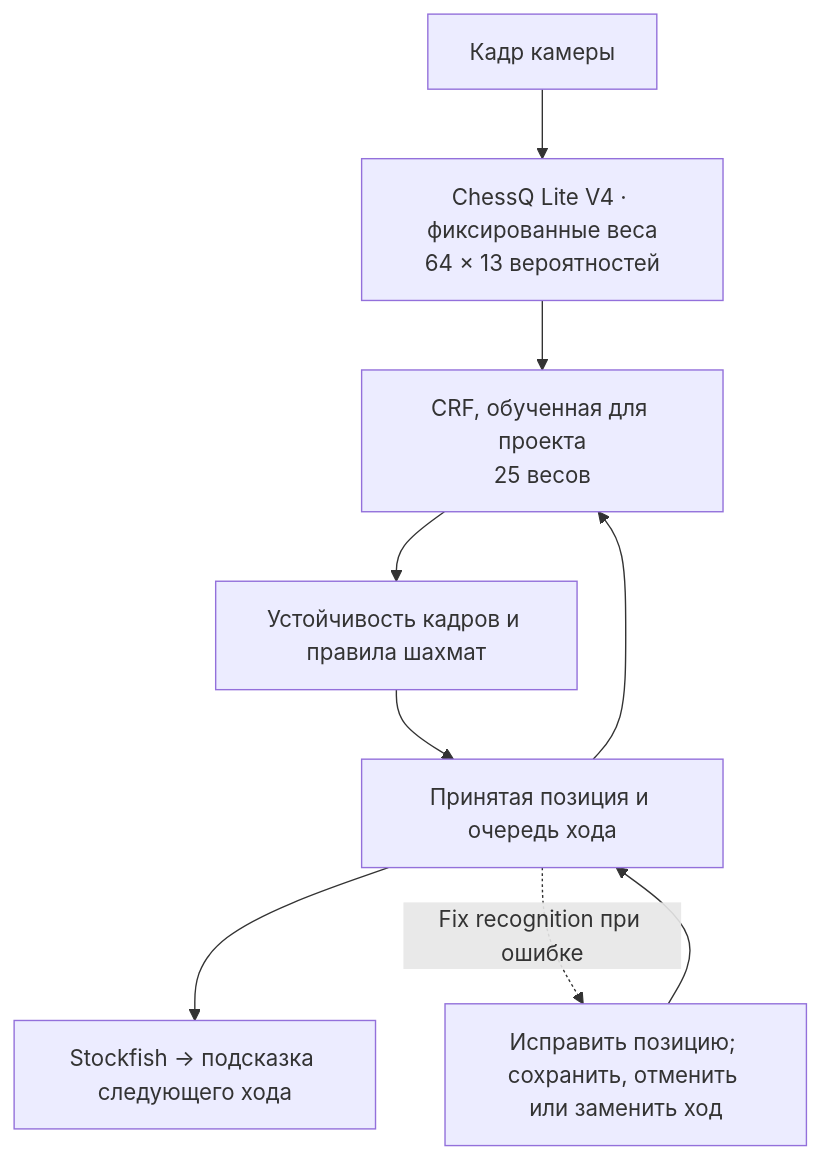
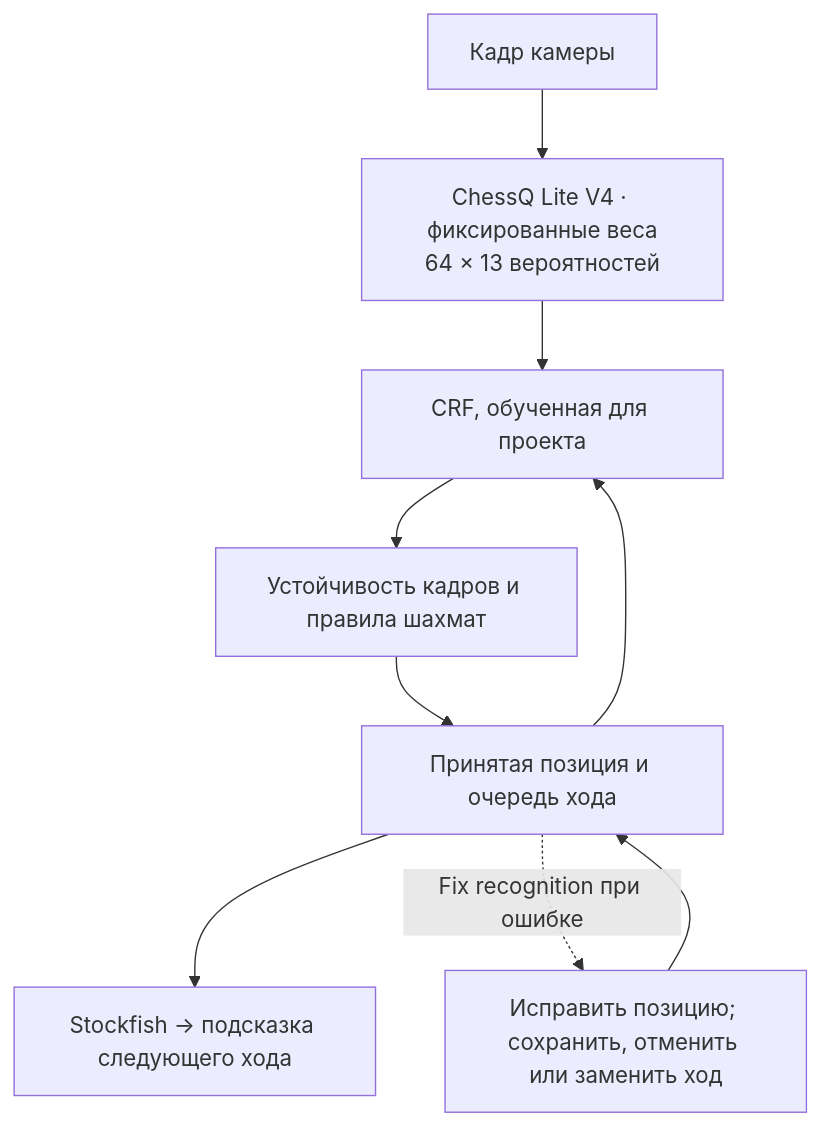
One commit to AmethystineAlpaca/camera_chess changed the diagram in README.ru.md. Above: the diagram before and after it, drawn with Mermaid. The commit also changed other lines of this file and 2 other files, not shown here.

Commit message:
docs: remove provisional CRF parameters from READMEs

````diff
--- a/README.ru.md
+++ b/README.ru.md
@@ -33,11 +33,11 @@
 ```mermaid
 flowchart TD
     C["Кадр камеры"] --> V["ChessQ Lite V4 · фиксированные веса<br/>64 × 13 вероятностей"]
-    V --> R["CRF, обученная для проекта<br/>25 весов"]
+    V --> R["CRF, обученная для проекта"]
     G["Принятая позиция и очередь хода"] --> R
     R --> T["Устойчивость кадров и правила шахмат"]
     T --> G
     G --> S["Stockfish → подсказка следующего хода"]
     G -. "Fix recognition при ошибке" .-> F["Исправить позицию; сохранить, отменить или заменить ход"]
     F --> G
 ```
````
